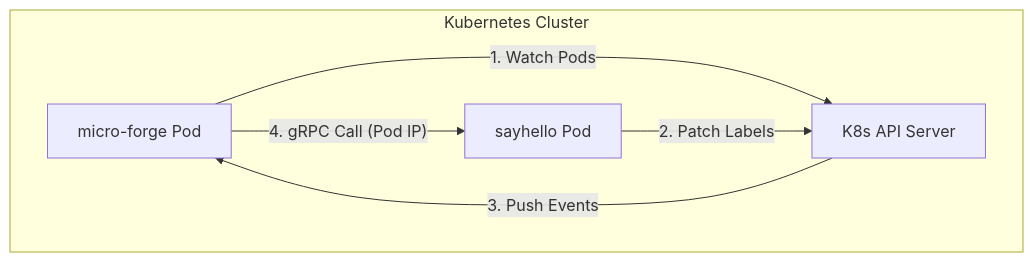
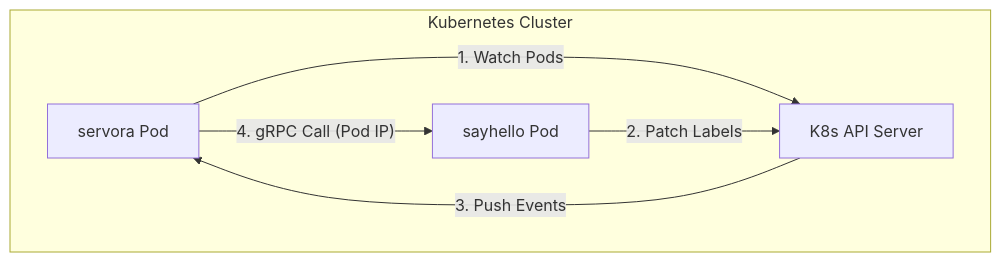
Before and after one commit to HoronLee/krathub: the diagram in docs/knowledge/k8s-service-governance.md, drawn with Mermaid. The commit also changed 246 other files, not shown here.

````diff
--- a/docs/knowledge/k8s-service-governance.md
+++ b/docs/knowledge/k8s-service-governance.md
@@ -9,9 +9,9 @@
 ```mermaid
 graph TD
     subgraph Kubernetes Cluster
-        A[micro-forge Pod] -- 1. Watch Pods --> KAPI[K8s API Server]
+        A[servora Pod] -- 1. Watch Pods --> KAPI[K8s API Server]
         B[sayhello Pod] -- 2. Patch Labels --> KAPI
         KAPI -- 3. Push Events --> A
         A -- 4. gRPC Call (Pod IP) --> B
     end
 ```
````
